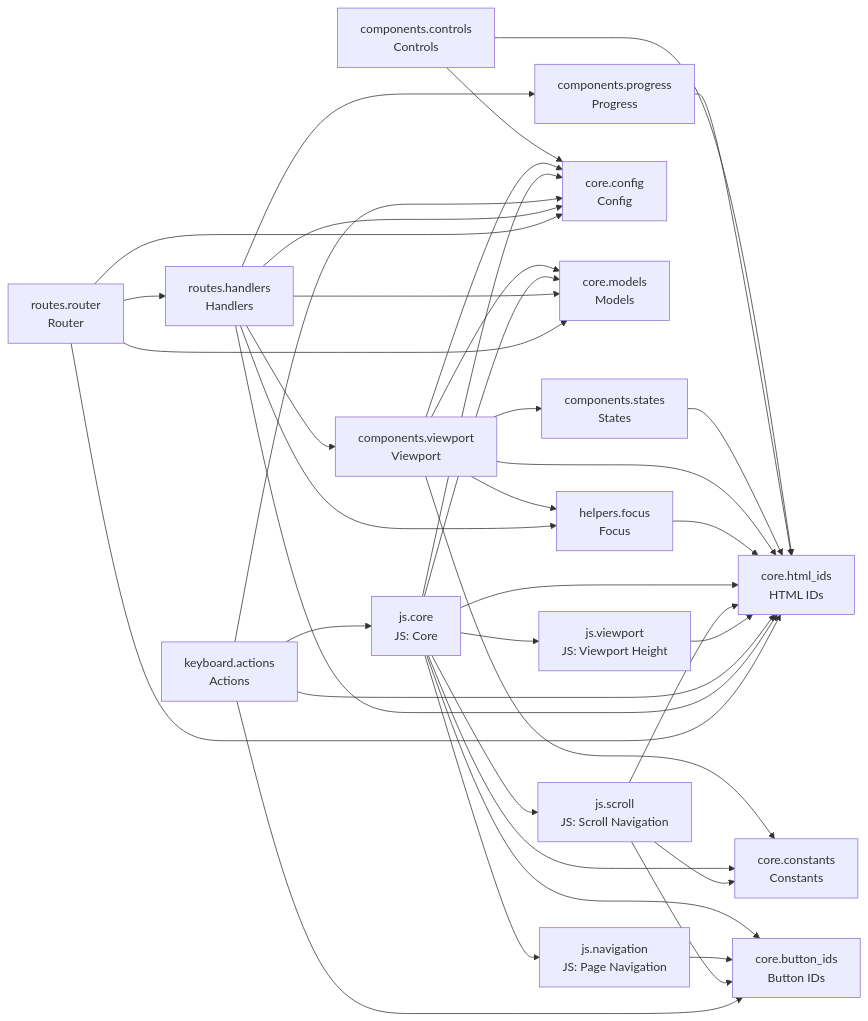
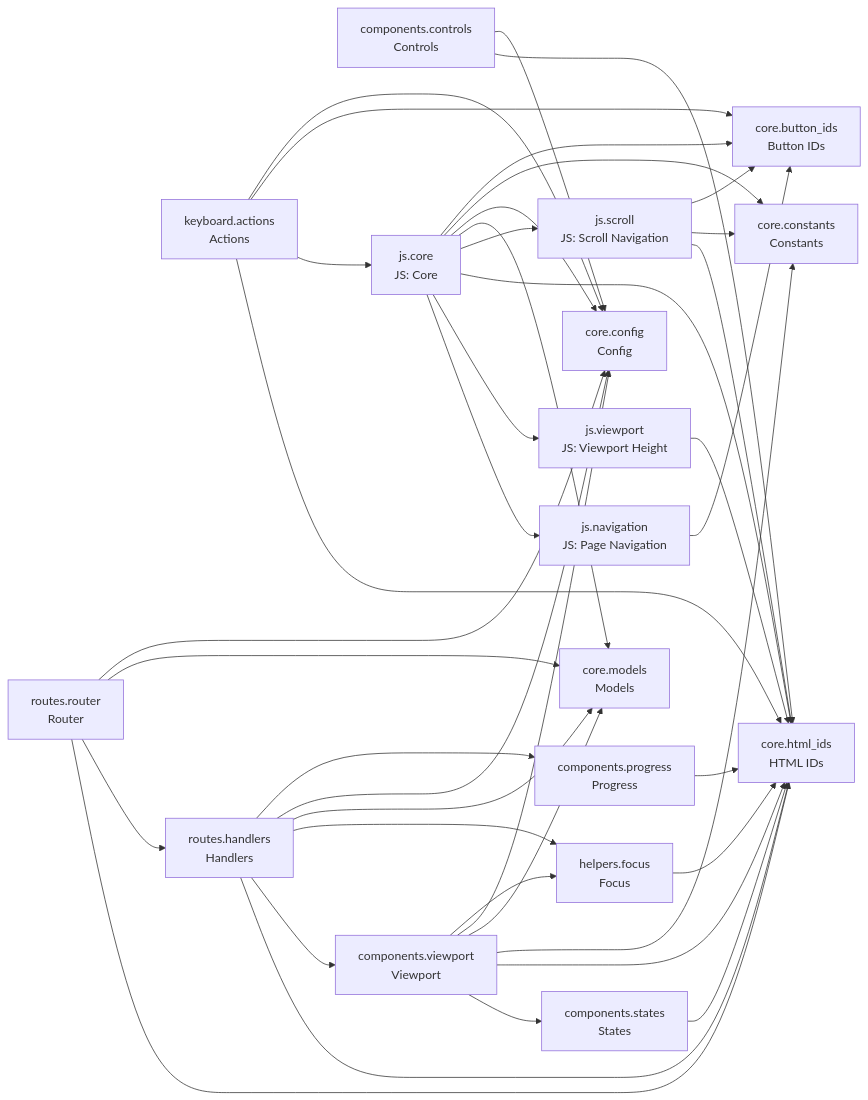
The diagram in README.md (cj-mills/cjm-fasthtml-card-stack), drawn with Mermaid before and after one commit. The commit also changed other lines of this file and 3 other files, not shown here.

````diff
--- a/README.md
+++ b/README.md
@@ -43,59 +43,59 @@
 ``` mermaid
 graph LR
     components_controls[components.controls<br/>Controls]
     components_progress[components.progress<br/>Progress]
     components_states[components.states<br/>States]
     components_viewport[components.viewport<br/>Viewport]
     core_button_ids[core.button_ids<br/>Button IDs]
     core_config[core.config<br/>Config]
     core_constants[core.constants<br/>Constants]
     core_html_ids[core.html_ids<br/>HTML IDs]
     core_models[core.models<br/>Models]
     helpers_focus[helpers.focus<br/>Focus]
     js_core[js.core<br/>JS: Core]
     js_navigation[js.navigation<br/>JS: Page Navigation]
     js_scroll[js.scroll<br/>JS: Scroll Navigation]
     js_viewport[js.viewport<br/>JS: Viewport Height]
     keyboard_actions[keyboard.actions<br/>Actions]
     routes_handlers[routes.handlers<br/>Handlers]
     routes_router[routes.router<br/>Router]
 
     components_controls --> core_config
     components_controls --> core_html_ids
     components_progress --> core_html_ids
     components_states --> core_html_ids
     components_viewport --> helpers_focus
     components_viewport --> core_config
+    components_viewport --> core_models
     components_viewport --> core_constants
-    components_viewport --> core_models
     components_viewport --> core_html_ids
     components_viewport --> components_states
     helpers_focus --> core_html_ids
+    js_core --> core_button_ids
     js_core --> core_constants
+    js_core --> core_config
+    js_core --> core_models
     js_core --> js_scroll
-    js_core --> core_config
+    js_core --> core_html_ids
     js_core --> js_viewport
-    js_core --> core_models
-    js_core --> core_html_ids
     js_core --> js_navigation
-    js_core --> core_button_ids
     js_navigation --> core_button_ids
     js_scroll --> core_button_ids
     js_scroll --> core_constants
     js_scroll --> core_html_ids
     js_viewport --> core_html_ids
+    keyboard_actions --> core_config
     keyboard_actions --> core_button_ids
     keyboard_actions --> js_core
-    keyboard_actions --> core_config
     keyboard_actions --> core_html_ids
+    routes_handlers --> components_progress
+    routes_handlers --> core_config
     routes_handlers --> core_models
-    routes_handlers --> components_progress
+    routes_handlers --> helpers_focus
     routes_handlers --> components_viewport
-    routes_handlers --> helpers_focus
-    routes_handlers --> core_config
     routes_handlers --> core_html_ids
-    routes_router --> routes_handlers
     routes_router --> core_config
     routes_router --> core_models
+    routes_router --> routes_handlers
     routes_router --> core_html_ids
 ```
````
